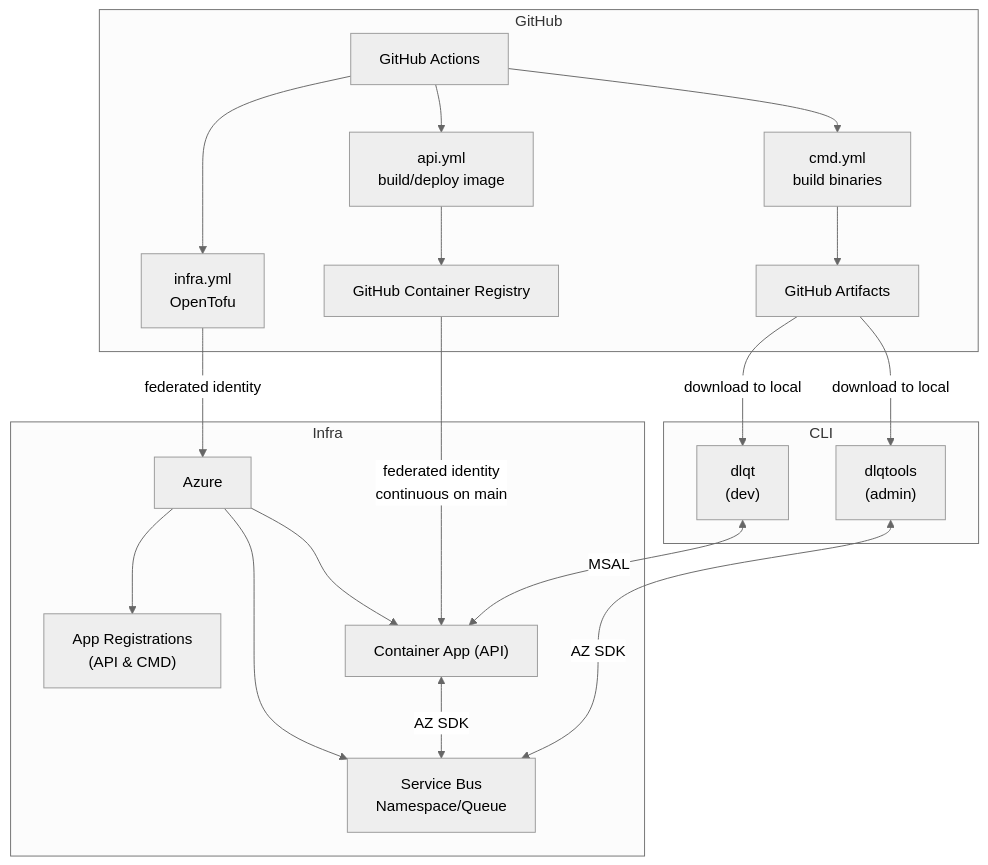
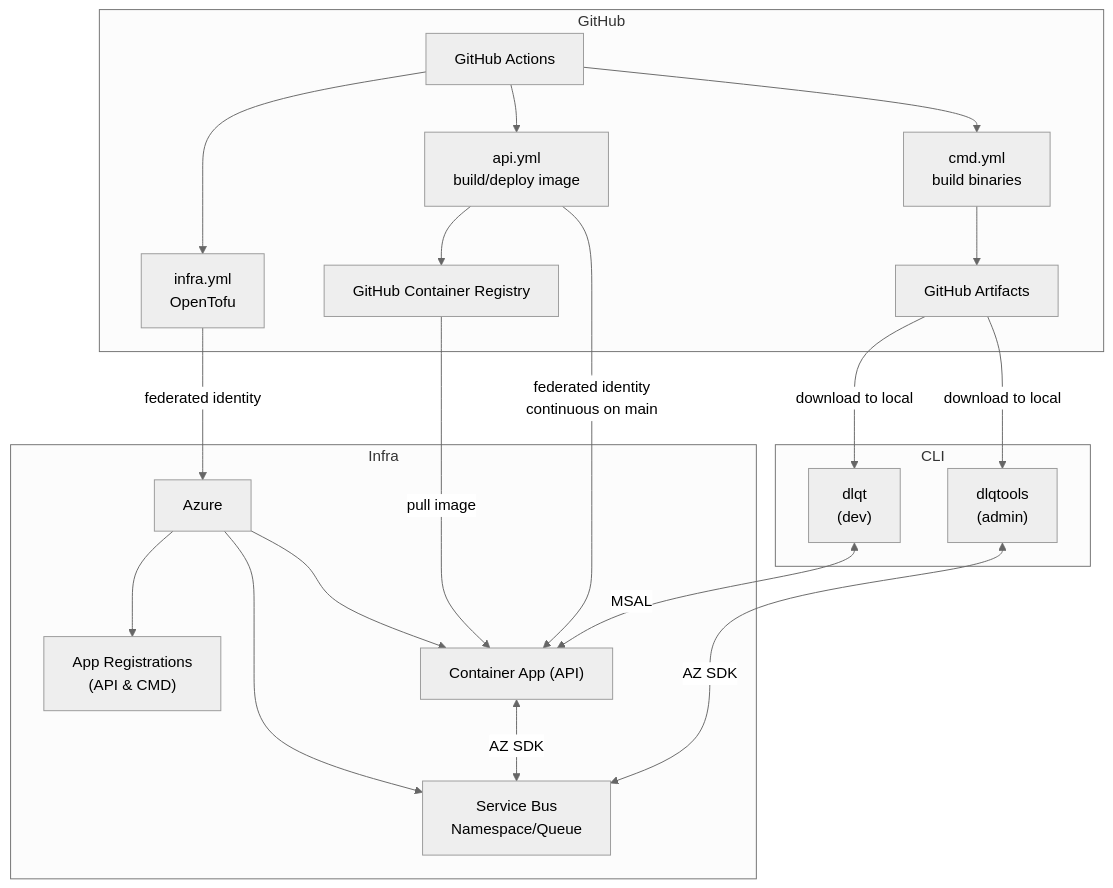
The diagram in README.md (emerconn/dlqt), drawn with Mermaid (neutral theme) before and after one commit.

Commit message:
update graph

````diff
--- a/README.md
+++ b/README.md
@@ -34,38 +34,39 @@
 ```mermaid
 graph TD
     subgraph "GitHub"
         C["GitHub Actions"]
         C --> A["infra.yml
                 OpenTofu"]
         C --> D["cmd.yml
                 build binaries"]
         C --> F["api.yml
                 build/deploy image"]
         F --> L["GitHub Container Registry"]
         D --> G["GitHub Artifacts"]
     end
 
     subgraph "Infra"
         B["Azure"]
         B --> B1["App Registrations
                   (API & CMD)"]
         B --> B2["Container App (API)"]
         B --> B3["Service Bus
                   Namespace/Queue"]
         B2 <-->|AZ SDK| B3
     end
 
-    L -->|federated identity
+    L -->|pull image| B2
+    F -->|federated identity
           continuous on main| B2
 
     subgraph "CLI"
         H["dlqt
           (dev)"] <-->|MSAL| B2
         K["dlqtools
           (admin)"] <-->|AZ SDK| B3
     end
 
     A -->|federated identity| B
     G -->|download to local| H
     G -->|download to local| K
 ```
````
